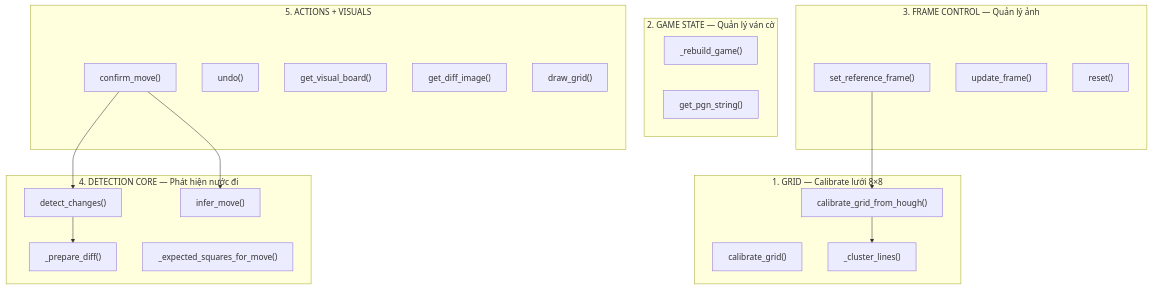
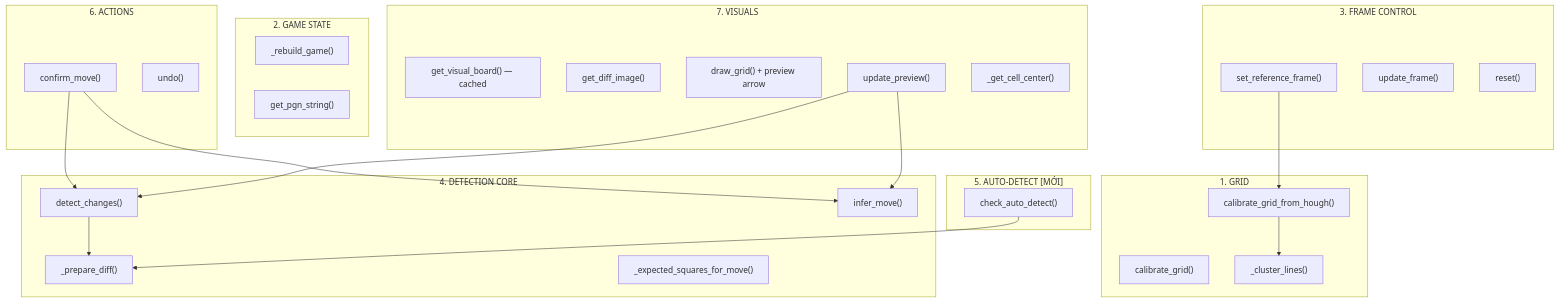
The diagram in logic_move_detect.md (TrGiaHuy1710-valid/testChess), drawn with Mermaid before and after one commit. The commit also changed other lines of this file and 3 other files, not shown here.

````diff
--- a/logic_move_detect.md
+++ b/logic_move_detect.md
@@ -11,39 +11,51 @@
 ```mermaid
 graph TD
-    subgraph "1. GRID — Calibrate lưới 8×8"
-        A1["calibrate_grid()"] 
+    subgraph "1. GRID"
+        A1["calibrate_grid()"]
         A2["calibrate_grid_from_hough()"]
         A3["_cluster_lines()"]
     end
 
-    subgraph "2. GAME STATE — Quản lý ván cờ"
+    subgraph "2. GAME STATE"
         B1["_rebuild_game()"]
         B2["get_pgn_string()"]
     end
 
-    subgraph "3. FRAME CONTROL — Quản lý ảnh"
+    subgraph "3. FRAME CONTROL"
         C1["set_reference_frame()"]
         C2["update_frame()"]
         C3["reset()"]
     end
 
-    subgraph "4. DETECTION CORE — Phát hiện nước đi"
+    subgraph "4. DETECTION CORE"
         D1["_prepare_diff()"]
         D2["detect_changes()"]
         D3["_expected_squares_for_move()"]
         D4["infer_move()"]
     end
 
-    subgraph "5. ACTIONS + VISUALS"
+    subgraph "5. AUTO-DETECT [MỚI]"
+        F1["check_auto_detect()"]
+    end
+
+    subgraph "6. ACTIONS"
         E1["confirm_move()"]
         E2["undo()"]
-        E3["get_visual_board()"]
+    end
+
+    subgraph "7. VISUALS"
+        E3["get_visual_board() — cached"]
         E4["get_diff_image()"]
-        E5["draw_grid()"]
+        E5["draw_grid() + preview arrow"]
+        E6["update_preview()"]
+        E7["_get_cell_center()"]
     end
 
     C1 --> A2
     A2 --> A3
     E1 --> D2 --> D1
     E1 --> D4
+    F1 --> D1
+    E6 --> D2
+    E6 --> D4
 ```
````
